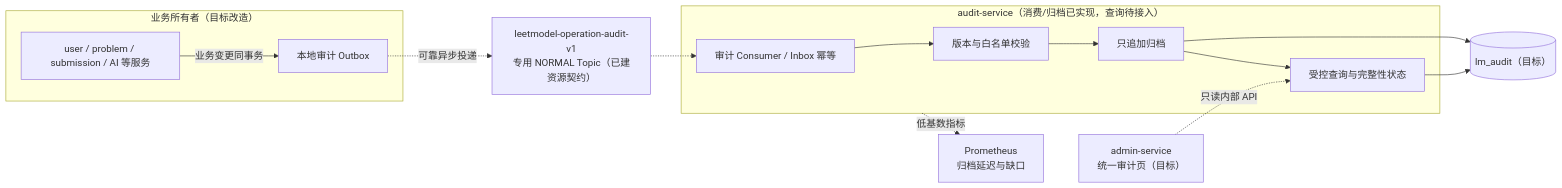
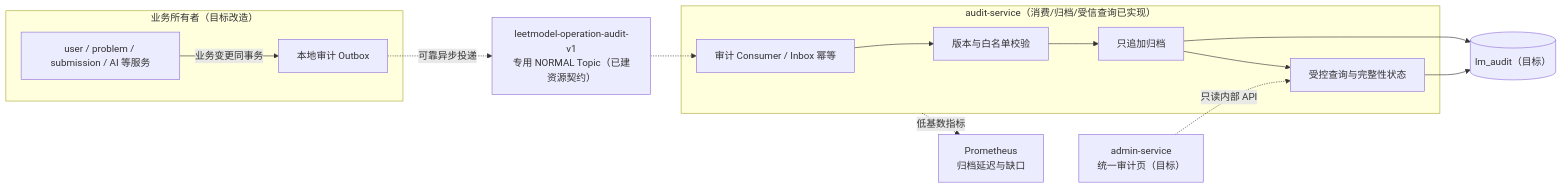
Before and after one commit to Dorian7Alden/LeetModel: the diagram in docs/project/03-微服务设计/audit-service/README.md, drawn with Mermaid. The commit also changed other lines of this file and 4 other files, not shown here.

````diff
--- a/docs/project/03-微服务设计/audit-service/README.md
+++ b/docs/project/03-微服务设计/audit-service/README.md
@@ -10,29 +10,29 @@
 ```mermaid
 flowchart LR
     subgraph owners["业务所有者（目标改造）"]
         domains["user / problem / submission / AI 等服务"]
         outbox["本地审计 Outbox"]
         domains -->|"业务变更同事务"| outbox
     end
 
     topic["leetmodel-operation-audit-v1<br/>专用 NORMAL Topic（已建资源契约）"]
 
-    subgraph audit["audit-service（消费/归档已实现，查询待接入）"]
+    subgraph audit["audit-service（消费/归档/受信查询已实现）"]
         consumer["审计 Consumer / Inbox 幂等"]
         validator["版本与白名单校验"]
         archive["只追加归档"]
         query["受控查询与完整性状态"]
         consumer --> validator --> archive
         archive --> query
     end
 
     auditDb[("lm_audit（目标）")]
     admin["admin-service<br/>统一审计页（目标）"]
     prometheus["Prometheus<br/>归档延迟与缺口"]
 
     outbox -. "可靠异步投递" .-> topic -.-> consumer
     archive --> auditDb
     query --> auditDb
     admin -. "只读内部 API" .-> query
     audit -. "低基数指标" .-> prometheus
 ```
````
